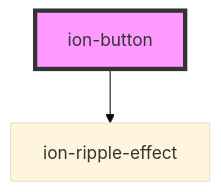
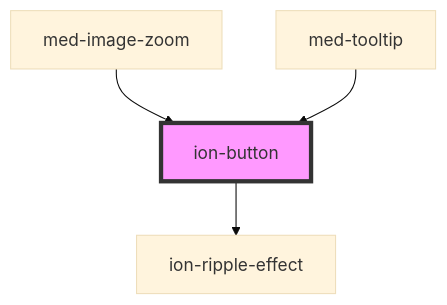
One commit to ionic-team/ionic-framework changed the diagram in core/src/components/button/readme.md. Above: the diagram before and after it, drawn with Mermaid (base theme). The commit also changed other lines of this file and 94 other files, not shown here.

````diff
--- a/core/src/components/button/readme.md
+++ b/core/src/components/button/readme.md
@@ -375,5 +380,7 @@
 ```mermaid
 graph TD;
   ion-button --> ion-ripple-effect
+  med-image-zoom --> ion-button
+  med-tooltip --> ion-button
   style ion-button fill:#f9f,stroke:#333,stroke-width:4px
 ```
````
